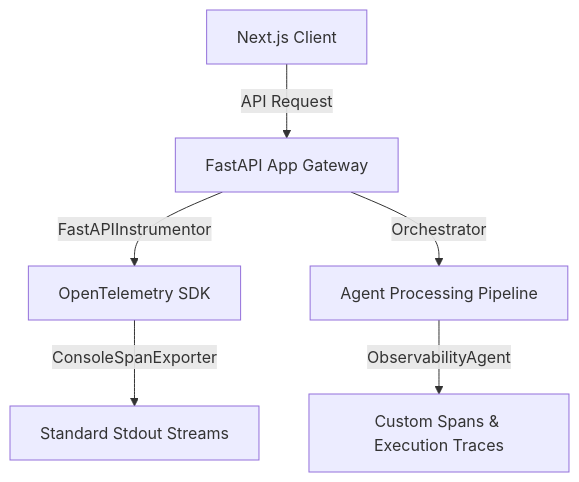
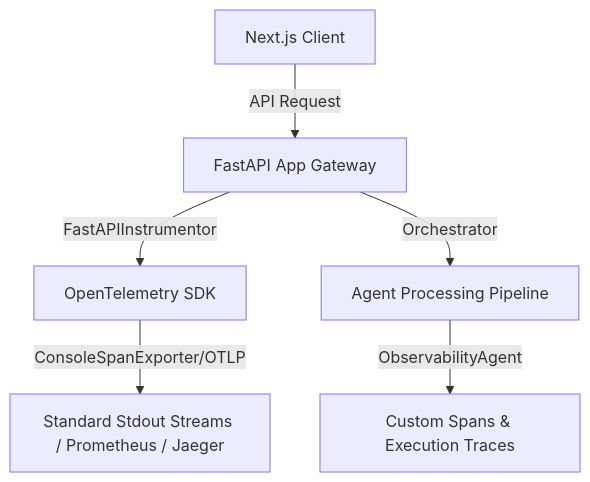
One commit to qasirdev/job-discovery changed the diagram in docs/OBSERVABILITY.md. Above: the diagram before and after it, drawn with Mermaid. The commit also changed other lines of this file and 19 other files, not shown here.

````diff
--- a/docs/OBSERVABILITY.md
+++ b/docs/OBSERVABILITY.md
@@ -9,8 +9,8 @@
 ```mermaid
 graph TD
     Client[Next.js Client] -->|API Request| FastAPI[FastAPI App Gateway]
     FastAPI -->|FastAPIInstrumentor| OTEL[OpenTelemetry SDK]
-    OTEL -->|ConsoleSpanExporter| Logs[Standard Stdout Streams]
+    OTEL -->|ConsoleSpanExporter/OTLP| Logs[Standard Stdout Streams / Prometheus / Jaeger]
     FastAPI -->|Orchestrator| Pipeline[Agent Processing Pipeline]
     Pipeline -->|ObservabilityAgent| Spans[Custom Spans & Execution Traces]
 ```
````
